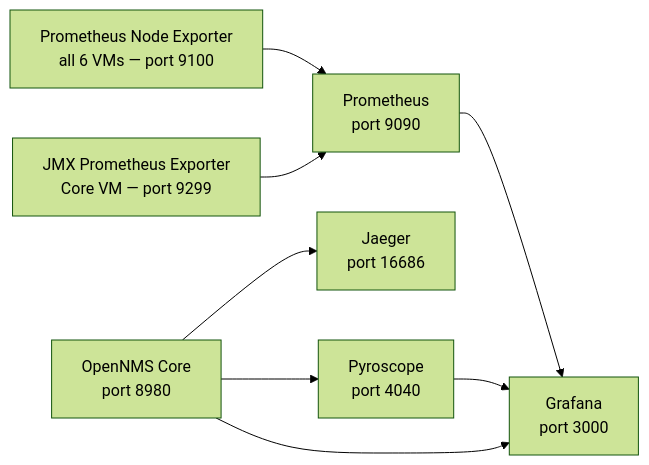
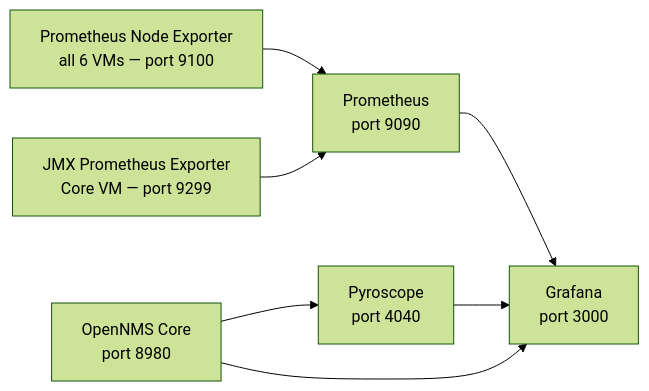
Before and after one commit to indigo423/opennms-benchmark: the third of 3 diagrams in docs/architecture.md, drawn with Mermaid (forest theme). The commit also changed other lines of this file and 35 other files, not shown here.

````diff
--- a/docs/architecture.md
+++ b/docs/architecture.md
@@ -157,18 +170,16 @@
 ```mermaid
 flowchart LR
     NODE[Prometheus Node Exporter\nall 6 VMs — port 9100]
     JMX[JMX Prometheus Exporter\nCore VM — port 9299]
     PROM[Prometheus\nport 9090]
     GRAFANA[Grafana\nport 3000]
-    JAEGER[Jaeger\nport 16686]
     PYROSCOPE[Pyroscope\nport 4040]
     OPENNMS[OpenNMS Core\nport 8980]
 
     NODE --> PROM
     JMX --> PROM
     PROM --> GRAFANA
-    OPENNMS --> JAEGER
     OPENNMS --> PYROSCOPE
     PYROSCOPE --> GRAFANA
     OPENNMS --> GRAFANA
 ```
````
